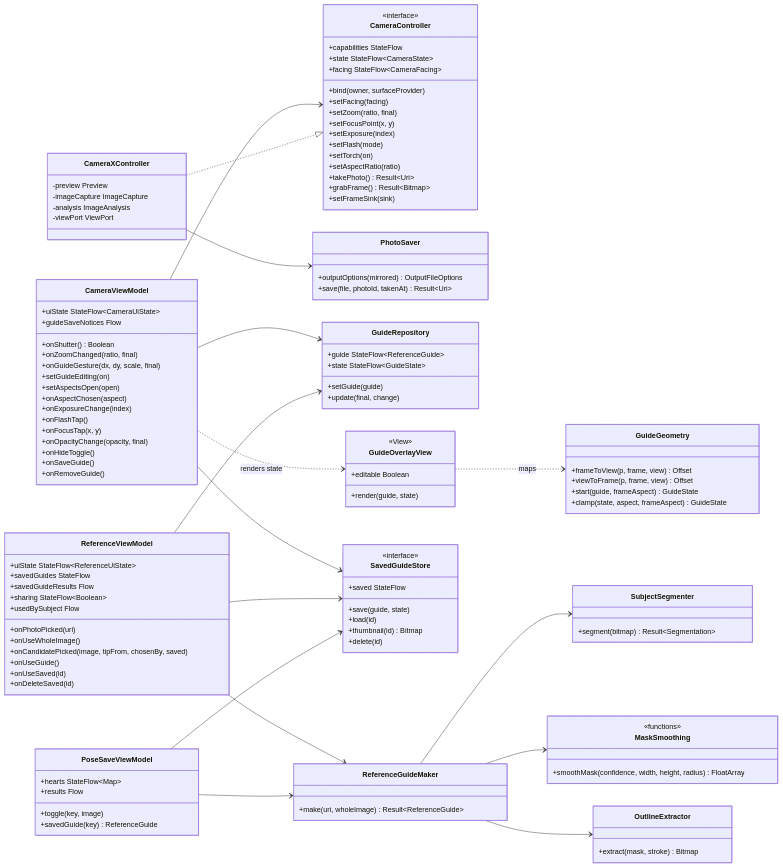
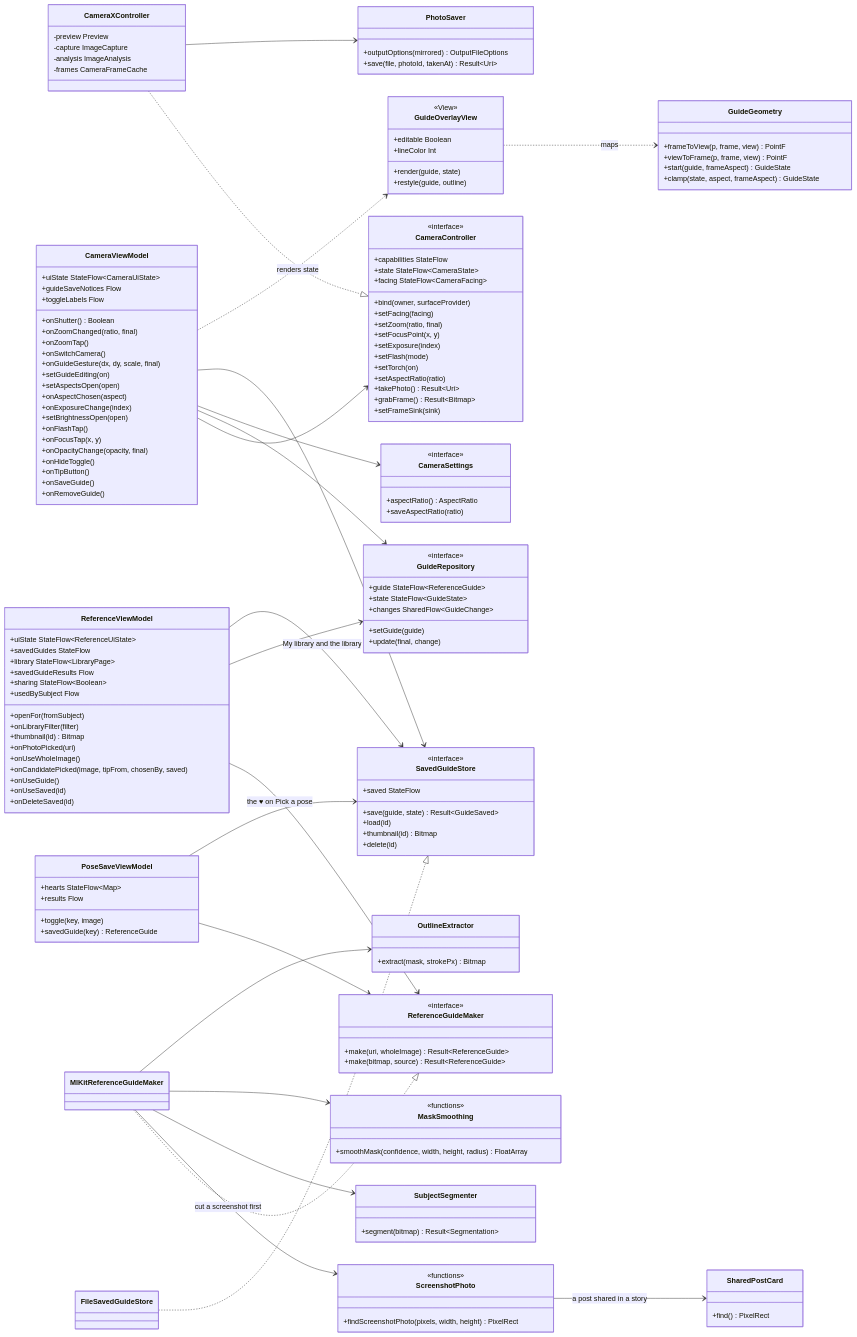
One commit to snuhcs-course/swpp-2026-project-team-10 changed the sixth of 13 diagrams in wiki/Design-Documentation.md. Above: the diagram before and after it, drawn with Mermaid. The commit also changed other lines of this file and 4 other files, not shown here.

````diff
--- a/wiki/Design-Documentation.md
+++ b/wiki/Design-Documentation.md
@@ -592,26 +613,35 @@
   class CameraViewModel {
     +uiState StateFlow~CameraUiState~
     +guideSaveNotices Flow
+    +toggleLabels Flow
     +onShutter() Boolean
     +onZoomChanged(ratio, final)
+    +onZoomTap()
+    +onSwitchCamera()
     +onGuideGesture(dx, dy, scale, final)
     +setGuideEditing(on)
     +setAspectsOpen(open)
     +onAspectChosen(aspect)
     +onExposureChange(index)
+    +setBrightnessOpen(open)
     +onFlashTap()
     +onFocusTap(x, y)
     +onOpacityChange(opacity, final)
     +onHideToggle()
+    +onTipButton()
     +onSaveGuide()
     +onRemoveGuide()
   }
   class ReferenceViewModel {
     +uiState StateFlow~ReferenceUiState~
     +savedGuides StateFlow
+    +library StateFlow~LibraryPage~
     +savedGuideResults Flow
     +sharing StateFlow~Boolean~
     +usedBySubject Flow
+    +openFor(fromSubject)
+    +onLibraryFilter(filter)
+    +thumbnail(id) Bitmap
     +onPhotoPicked(uri)
     +onUseWholeImage()
     +onCandidatePicked(image, tipFrom, chosenBy, saved)
@@ -644,22 +674,39 @@
   }
   class CameraXController {
     -preview Preview
-    -imageCapture ImageCapture
+    -capture ImageCapture
     -analysis ImageAnalysis
-    -viewPort ViewPort
+    -frames CameraFrameCache
   }
   class PhotoSaver {
     +outputOptions(mirrored) OutputFileOptions
     +save(file, photoId, takenAt) Result~Uri~
   }
+  class CameraSettings {
+    <<interface>>
+    +aspectRatio() AspectRatio
+    +saveAspectRatio(ratio)
+  }
   class GuideRepository {
+    <<interface>>
     +guide StateFlow~ReferenceGuide~
     +state StateFlow~GuideState~
+    +changes SharedFlow~GuideChange~
     +setGuide(guide)
     +update(final, change)
   }
   class ReferenceGuideMaker {
+    <<interface>>
     +make(uri, wholeImage) Result~ReferenceGuide~
+    +make(bitmap, source) Result~ReferenceGuide~
+  }
+  class MlKitReferenceGuideMaker
+  class ScreenshotPhoto {
+    <<functions>>
+    +findScreenshotPhoto(pixels, width, height) PixelRect
+  }
+  class SharedPostCard {
+    +find() PixelRect
   }
   class SubjectSegmenter {
     +segment(bitmap) Result~Segmentation~
@@ -669,40 +716,48 @@
     +smoothMask(confidence, width, height, radius) FloatArray
   }
   class OutlineExtractor {
-    +extract(mask, stroke) Bitmap
+    +extract(mask, strokePx) Bitmap
   }
   class SavedGuideStore {
     <<interface>>
     +saved StateFlow
-    +save(guide, state)
+    +save(guide, state) Result~GuideSaved~
     +load(id)
     +thumbnail(id) Bitmap
     +delete(id)
   }
+  class FileSavedGuideStore
   class GuideGeometry {
-    +frameToView(p, frame, view) Offset
-    +viewToFrame(p, frame, view) Offset
+    +frameToView(p, frame, view) PointF
+    +viewToFrame(p, frame, view) PointF
     +start(guide, frameAspect) GuideState
     +clamp(state, aspect, frameAspect) GuideState
   }
   class GuideOverlayView {
     <<View>>
     +render(guide, state)
+    +restyle(guide, outline)
     +editable Boolean
+    +lineColor Int
   }
   CameraViewModel --> CameraController
   CameraViewModel --> GuideRepository
+  CameraViewModel --> CameraSettings
+  CameraViewModel --> SavedGuideStore
   CameraXController ..|> CameraController
   CameraXController --> PhotoSaver
-  ReferenceGuideMaker --> SubjectSegmenter
-  ReferenceGuideMaker --> MaskSmoothing
-  ReferenceGuideMaker --> OutlineExtractor
-  CameraViewModel --> SavedGuideStore
+  MlKitReferenceGuideMaker ..|> ReferenceGuideMaker
+  MlKitReferenceGuideMaker --> ScreenshotPhoto : cut a screenshot first
+  ScreenshotPhoto --> SharedPostCard : a post shared in a story
+  MlKitReferenceGuideMaker --> SubjectSegmenter
+  MlKitReferenceGuideMaker --> MaskSmoothing
+  MlKitReferenceGuideMaker --> OutlineExtractor
+  FileSavedGuideStore ..|> SavedGuideStore
   ReferenceViewModel --> ReferenceGuideMaker
   ReferenceViewModel --> GuideRepository
-  ReferenceViewModel --> SavedGuideStore
+  ReferenceViewModel --> SavedGuideStore : My library and the library
   PoseSaveViewModel --> ReferenceGuideMaker
-  PoseSaveViewModel --> SavedGuideStore
+  PoseSaveViewModel --> SavedGuideStore : the ♥ on Pick a pose
   CameraViewModel ..> GuideOverlayView : renders state
   GuideOverlayView ..> GuideGeometry : maps
 ```
````
